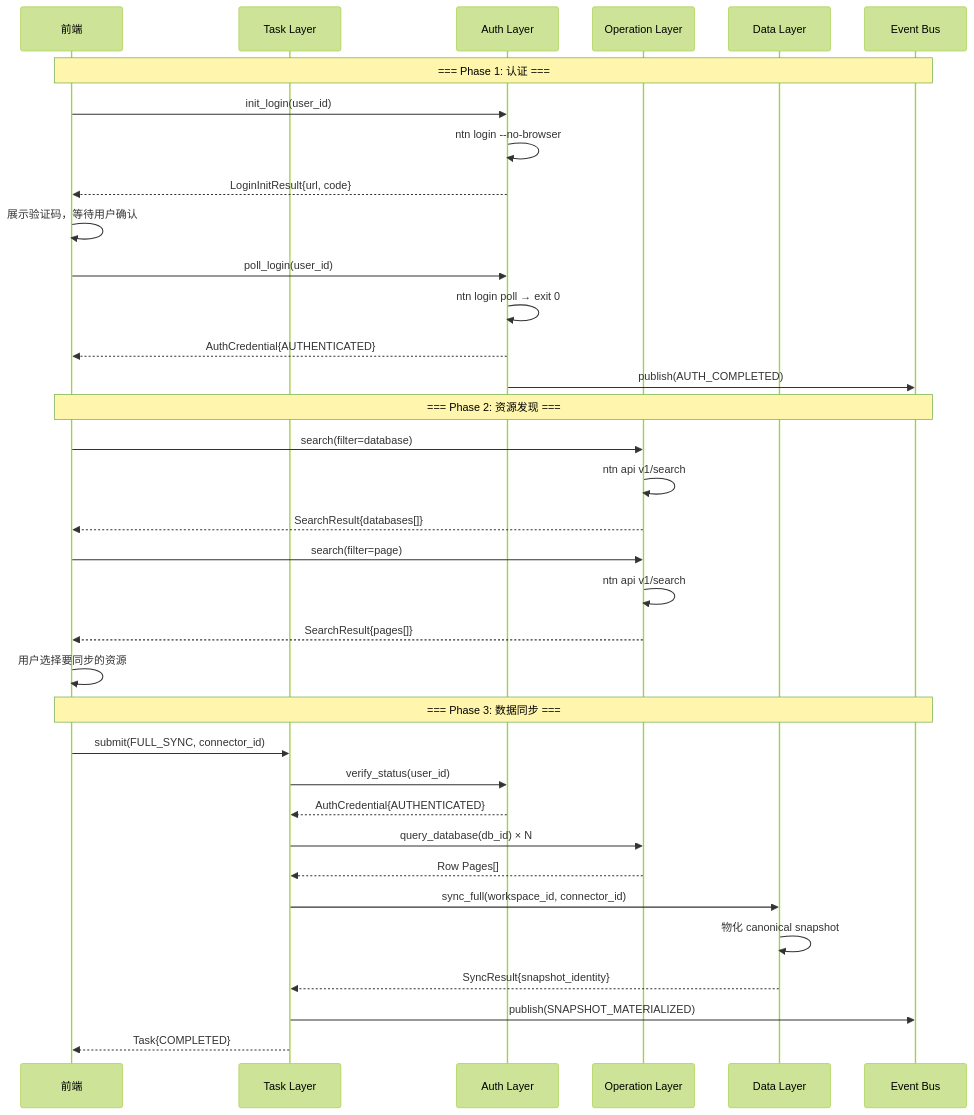
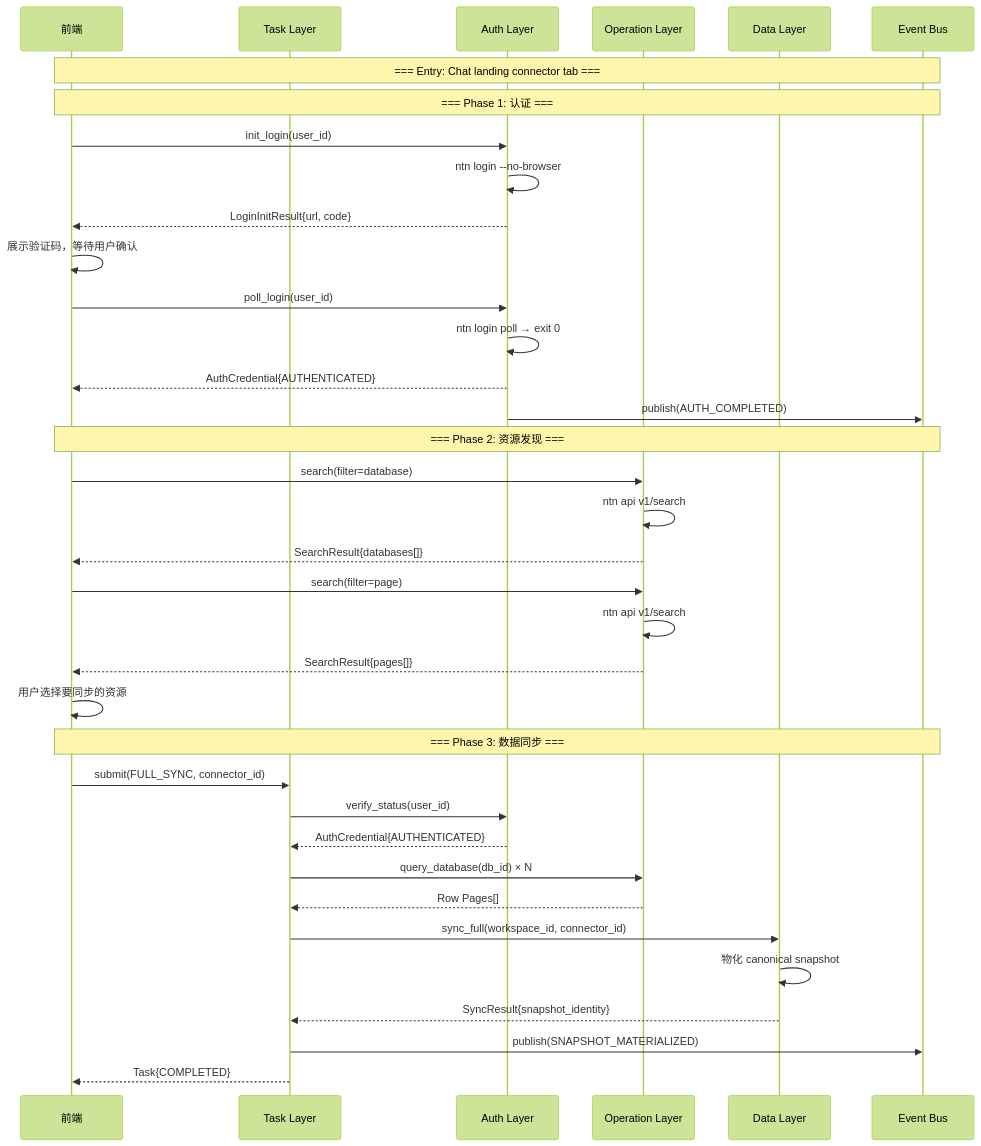
One commit to glide-the/im-dream changed diagram 12 of 18 in docs/design/claude-agent/notion-point/resource-connector-flowcharts.md. Above: the diagram before and after it, drawn with Mermaid (forest theme). The commit also changed other lines of this file and 26 other files, not shown here.

````diff
--- a/docs/design/claude-agent/notion-point/resource-connector-flowcharts.md
+++ b/docs/design/claude-agent/notion-point/resource-connector-flowcharts.md
@@ -344,40 +346,41 @@
 ```mermaid
 sequenceDiagram
     participant FE as 前端
     participant Task as Task Layer
     participant Auth as Auth Layer
     participant Ops as Operation Layer
     participant Data as Data Layer
     participant Bus as Event Bus
 
+    Note over FE,Bus: === Entry: Chat landing connector tab ===
     Note over FE,Bus: === Phase 1: 认证 ===
     FE->>Auth: init_login(user_id)
     Auth->>Auth: ntn login --no-browser
     Auth-->>FE: LoginInitResult{url, code}
     FE->>FE: 展示验证码，等待用户确认
     FE->>Auth: poll_login(user_id)
     Auth->>Auth: ntn login poll → exit 0
     Auth-->>FE: AuthCredential{AUTHENTICATED}
     Auth->>Bus: publish(AUTH_COMPLETED)
 
     Note over FE,Bus: === Phase 2: 资源发现 ===
     FE->>Ops: search(filter=database)
     Ops->>Ops: ntn api v1/search
     Ops-->>FE: SearchResult{databases[]}
     FE->>Ops: search(filter=page)
     Ops->>Ops: ntn api v1/search
     Ops-->>FE: SearchResult{pages[]}
     FE->>FE: 用户选择要同步的资源
 
     Note over FE,Bus: === Phase 3: 数据同步 ===
     FE->>Task: submit(FULL_SYNC, connector_id)
     Task->>Auth: verify_status(user_id)
     Auth-->>Task: AuthCredential{AUTHENTICATED}
     Task->>Ops: query_database(db_id) × N
     Ops-->>Task: Row Pages[]
     Task->>Data: sync_full(workspace_id, connector_id)
     Data->>Data: 物化 canonical snapshot
     Data-->>Task: SyncResult{snapshot_identity}
     Task->>Bus: publish(SNAPSHOT_MATERIALIZED)
     Task-->>FE: Task{COMPLETED}
 ```
````
